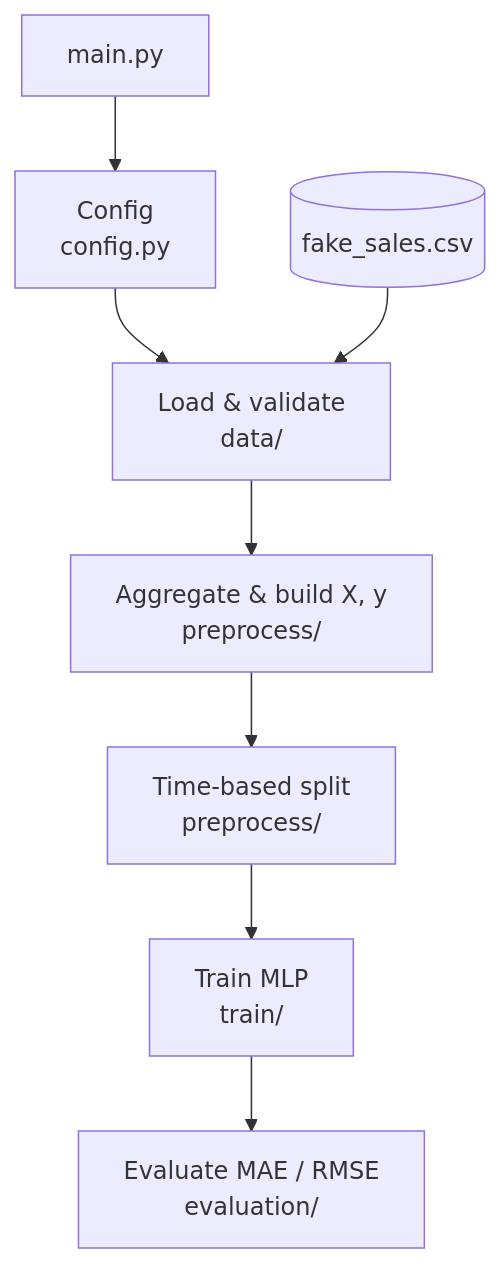
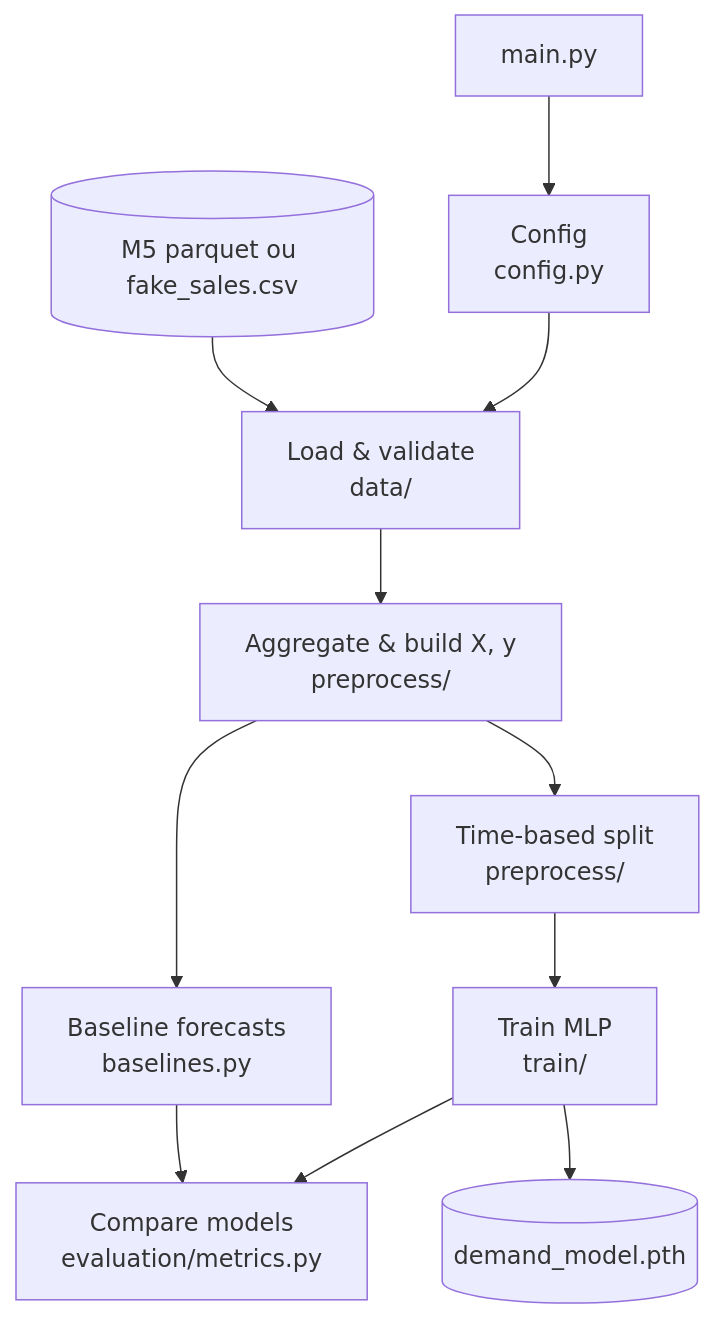
The diagram in README.md (aliscrodrigues/forecasting-project), drawn with Mermaid before and after one commit. The commit also changed other lines of this file and 2 other files, not shown here.

````diff
--- a/README.md
+++ b/README.md
@@ -80,12 +88,15 @@
 ```mermaid
 flowchart TD
-    csv[("fake_sales.csv")]
+    data[("M5 parquet ou fake_sales.csv")]
 
     main["main.py"] --> config["Config<br/>config.py"]
     config --> load["Load & validate<br/>data/"]
-    csv --> load
+    data --> load
     load --> features["Aggregate & build X, y<br/>preprocess/"]
     features --> split["Time-based split<br/>preprocess/"]
     split --> model["Train MLP<br/>train/"]
-    model --> metrics["Evaluate MAE / RMSE<br/>evaluation/"]
+    features --> baselines["Baseline forecasts<br/>baselines.py"]
+    model --> evaluator["Compare models<br/>evaluation/metrics.py"]
+    baselines --> evaluator
+    model --> artifact[("demand_model.pth")]
 ```
````
